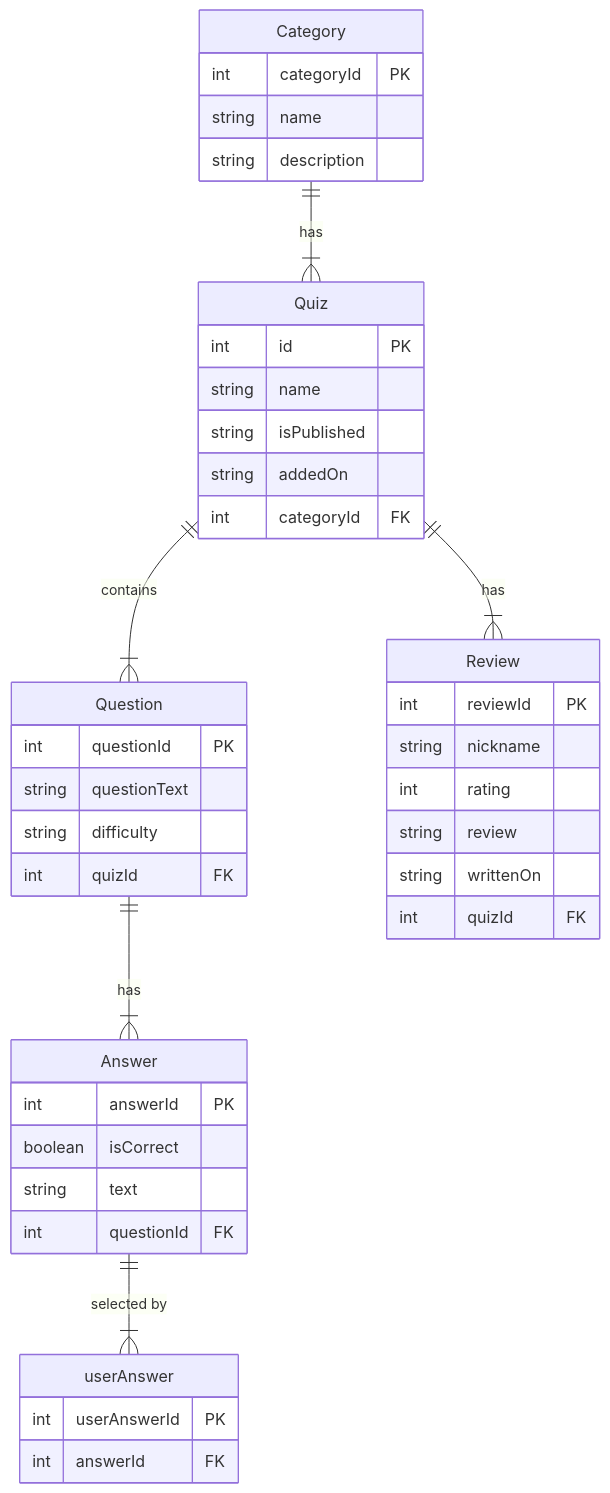
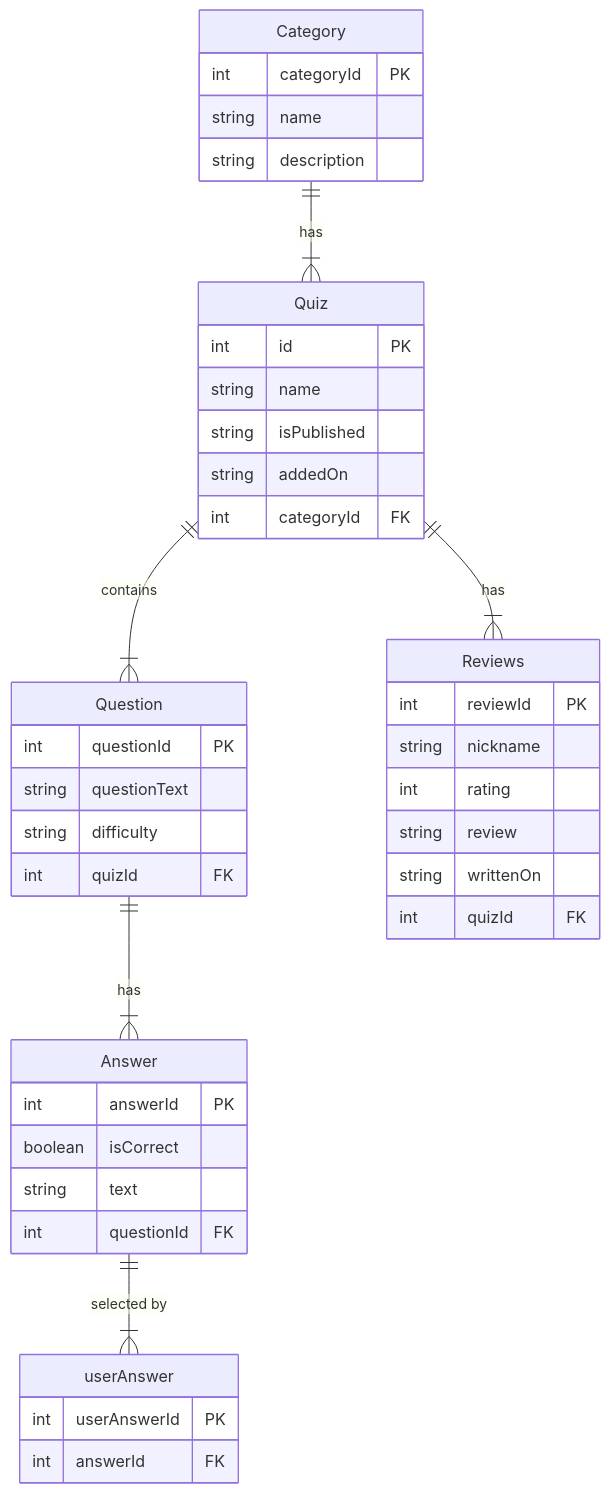
The second of 2 diagrams in README.md (NULL-Haaga-Helia/Quiz_Project), drawn with Mermaid before and after one commit.

````diff
--- a/README.md
+++ b/README.md
@@ -115,45 +115,45 @@
 ```mermaid
 erDiagram
 Category {
 int categoryId PK
 string name
 string description
 }
 Quiz {
 int id PK
 string name
 string isPublished
 string addedOn
 int categoryId FK
 }
 Question {
 int questionId PK
 string questionText
 string difficulty
 int quizId FK
 }
 Answer {
 int answerId PK
 boolean isCorrect
 string text
 int questionId FK
 }
 userAnswer {
 int userAnswerId PK
 int answerId FK
 }
-Review {
+Reviews {
 int reviewId PK
 string nickname
 int rating
 string review
 string writtenOn
 int quizId FK
 }
 
 Category ||--|{ Quiz : "has"
 Quiz ||--|{ Question : "contains"
 Question ||--|{ Answer : "has"
 Answer ||--|{ userAnswer : "selected by"
-Quiz ||--|{ Review : "has"
+Quiz ||--|{ Reviews : "has"
 ```
````
